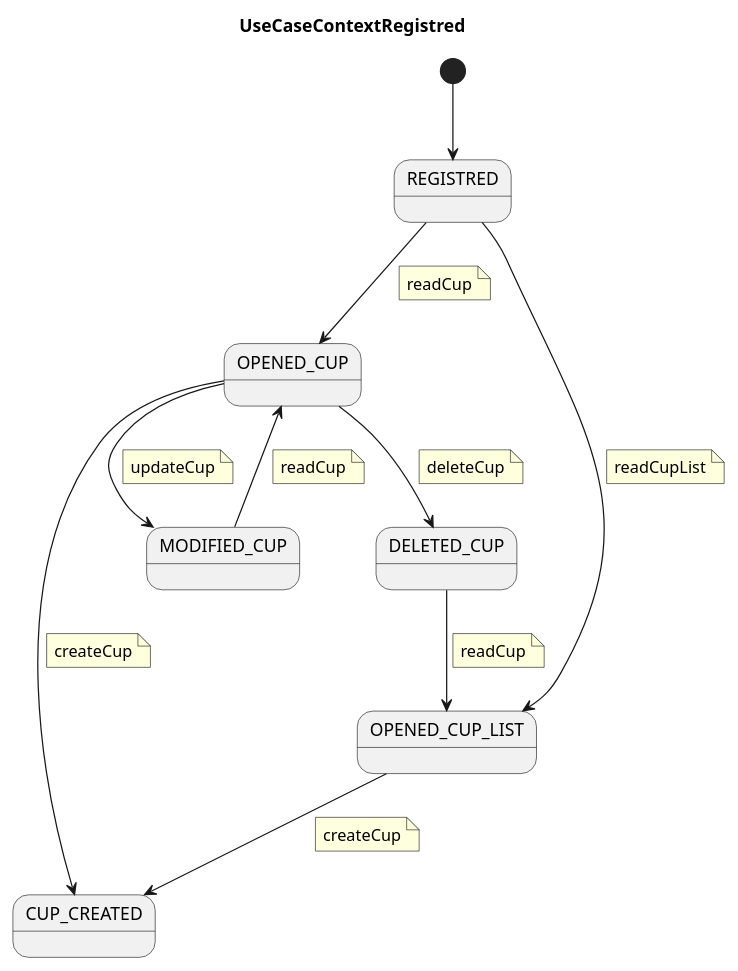
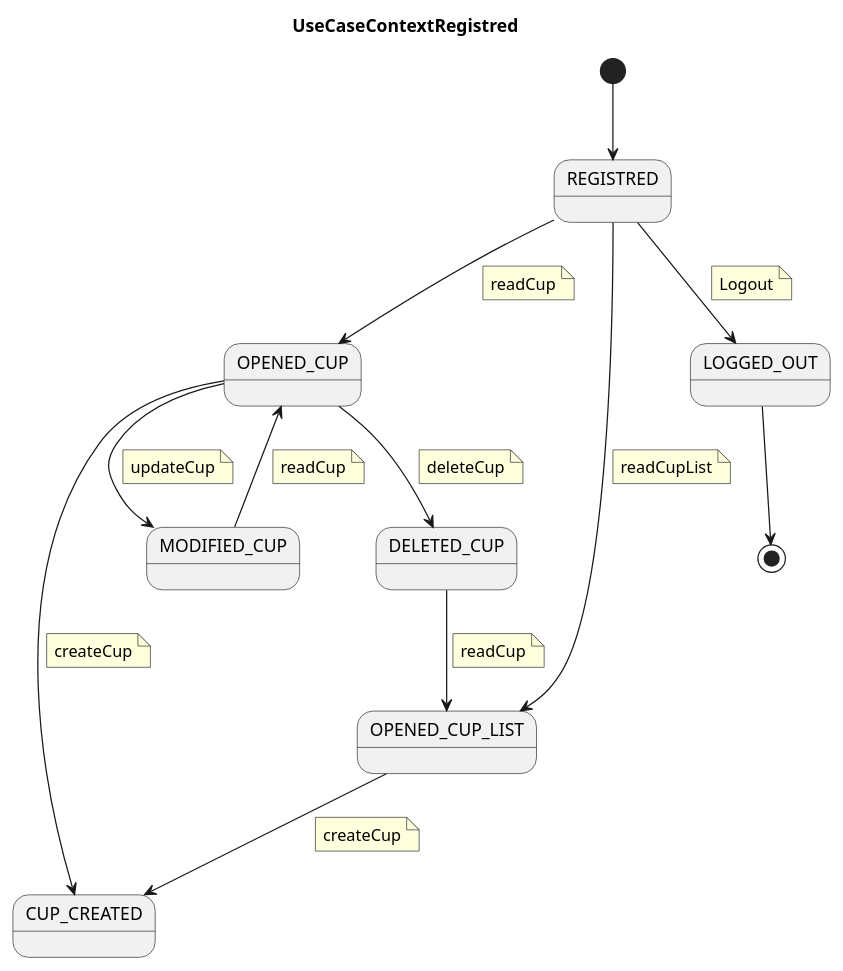
One commit to jumpering/fanaticupsFront changed the diagram in documentation/uml/useCaseContextRegistred.puml. Above: the diagram before and after it, drawn with PlantUML. The commit also changed 10 other files, not shown here.

Commit message:
refactor uml, auth

```diff
--- a/documentation/uml/useCaseContextRegistred.puml
+++ b/documentation/uml/useCaseContextRegistred.puml
@@ -1,54 +1,56 @@
 @startuml UseCaseContextRegistred
 title UseCaseContextRegistred
 
 state REGISTRED
 
 [*] --> REGISTRED
 
 REGISTRED --> OPENED_CUP
     note on link
         readCup
     end note
 
 REGISTRED --> OPENED_CUP_LIST
     note on link
         readCupList
     end note     
 
 OPENED_CUP --> CUP_CREATED
     note on link
         createCup
     end note  
 
 OPENED_CUP_LIST --> CUP_CREATED
     note on link
         createCup
     end note          
 
 OPENED_CUP --> MODIFIED_CUP
     note on link
         updateCup
     end note   
 
 OPENED_CUP --> DELETED_CUP
     note on link
         deleteCup
-    end note  
-
+    end note     
 
 DELETED_CUP --> OPENED_CUP_LIST
     note on link
         readCup
     end note          
 
 MODIFIED_CUP --> OPENED_CUP
     note on link
         readCup
-    end note  
+    end note 
 
-' CUP_CREATED --> [*]
-'     note on link
-'         Logout
-'     end note
+REGISTRED --> LOGGED_OUT
+    note on link
+        Logout
+    end note
+
+LOGGED_OUT --> [*]
+
 
 @enduml
```
